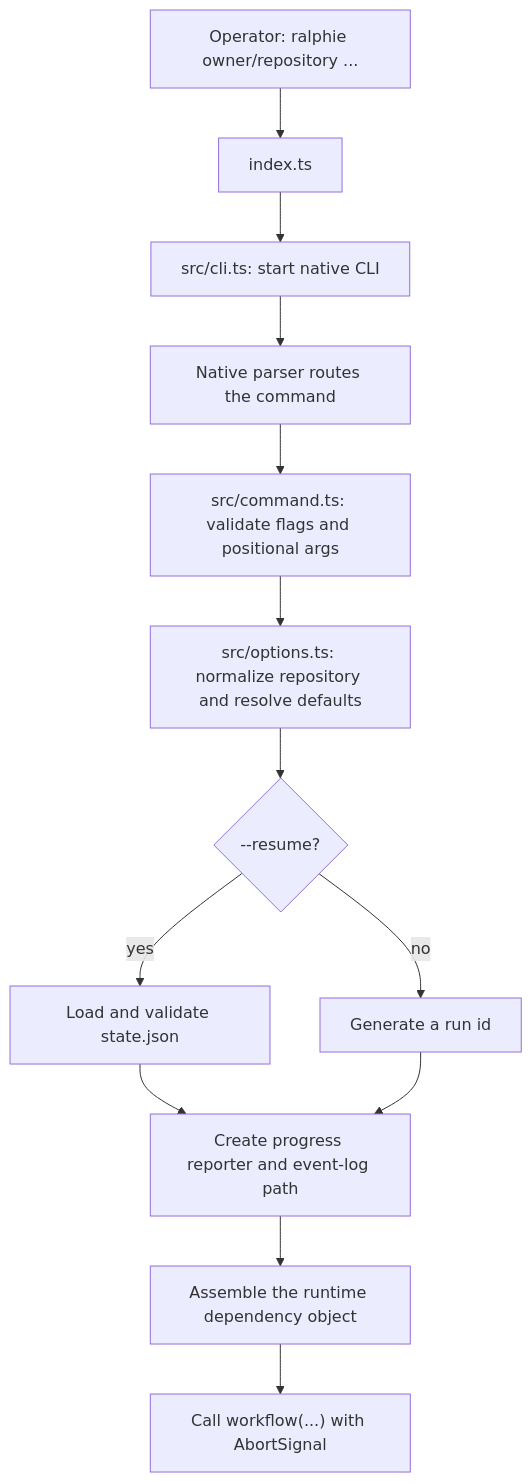
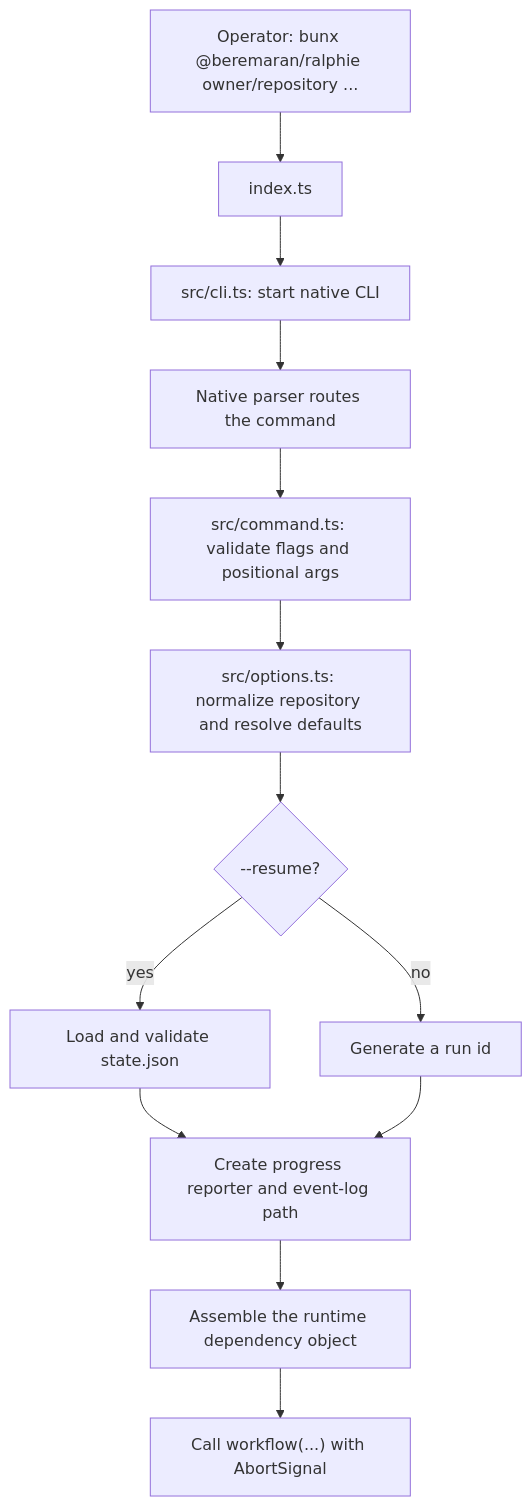
One commit to beremaran/ralphie changed the first of 6 diagrams in docs/end-to-end-execution.md. Above: the diagram before and after it, drawn with Mermaid. The commit also changed other lines of this file and 3 other files, not shown here.

````diff
--- a/docs/end-to-end-execution.md
+++ b/docs/end-to-end-execution.md
@@ -15,15 +15,15 @@
 ```mermaid
 flowchart TD
-    A["Operator: ralphie owner/repository ..."] --> B["index.ts"]
+    A["Operator: bunx @beremaran/ralphie owner/repository ..."] --> B["index.ts"]
     B --> C["src/cli.ts: start native CLI"]
     C --> D["Native parser routes the command"]
     D --> E["src/command.ts: validate flags and positional args"]
     E --> F["src/options.ts: normalize repository and resolve defaults"]
     F --> G{"--resume?"}
     G -->|yes| H["Load and validate state.json"]
     G -->|no| I["Generate a run id"]
     H --> J["Create progress reporter and event-log path"]
     I --> J
     J --> K["Assemble the runtime dependency object"]
     K --> L["Call workflow(...) with AbortSignal"]
 ```
````
